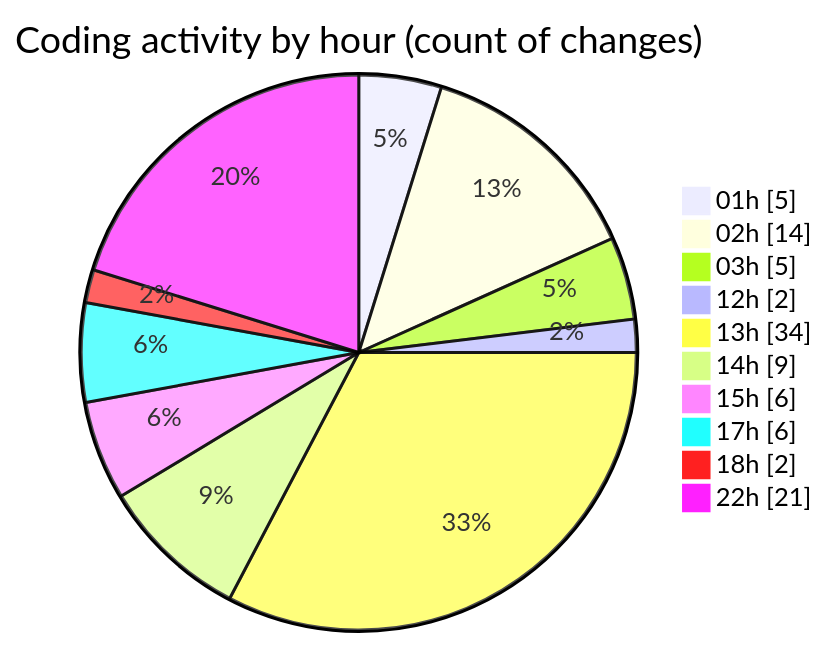
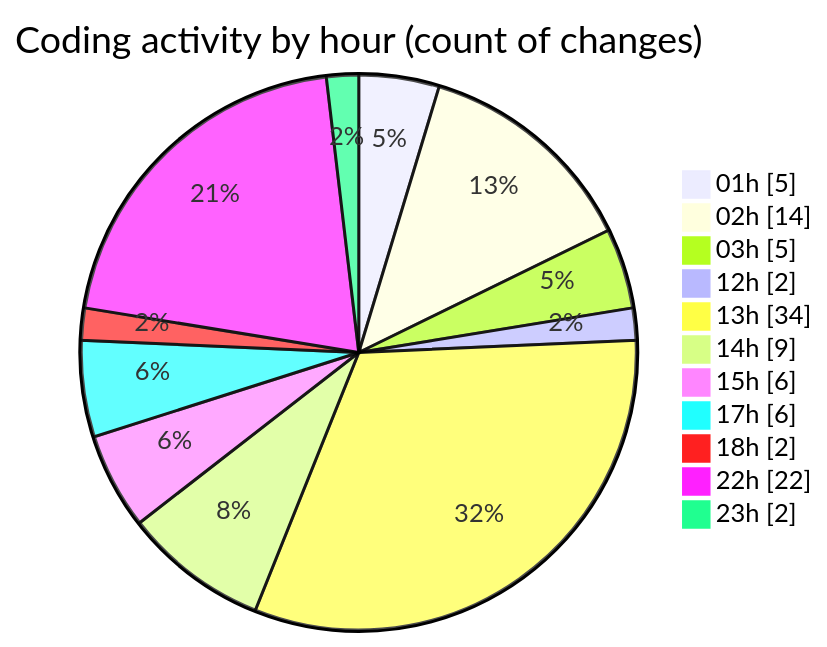
The second of 2 diagrams in 2025-10-23/eventscop-frontend-guide__workspace_/README.md (julien-gomy/code-tracking), drawn with Mermaid before and after one commit. The commit also changed other lines of this file and 1 other file, not shown here.

````diff
--- a/2025-10-23/eventscop-frontend-guide__workspace_/README.md
+++ b/2025-10-23/eventscop-frontend-guide__workspace_/README.md
@@ -50,14 +50,15 @@
 ```mermaid
 pie showData
 title Coding activity by hour (count of changes)
 "01h" : 5
 "02h" : 14
 "03h" : 5
 "12h" : 2
 "13h" : 34
 "14h" : 9
 "15h" : 6
 "17h" : 6
 "18h" : 2
-"22h" : 21
+"22h" : 22
+"23h" : 2
 ```
````
